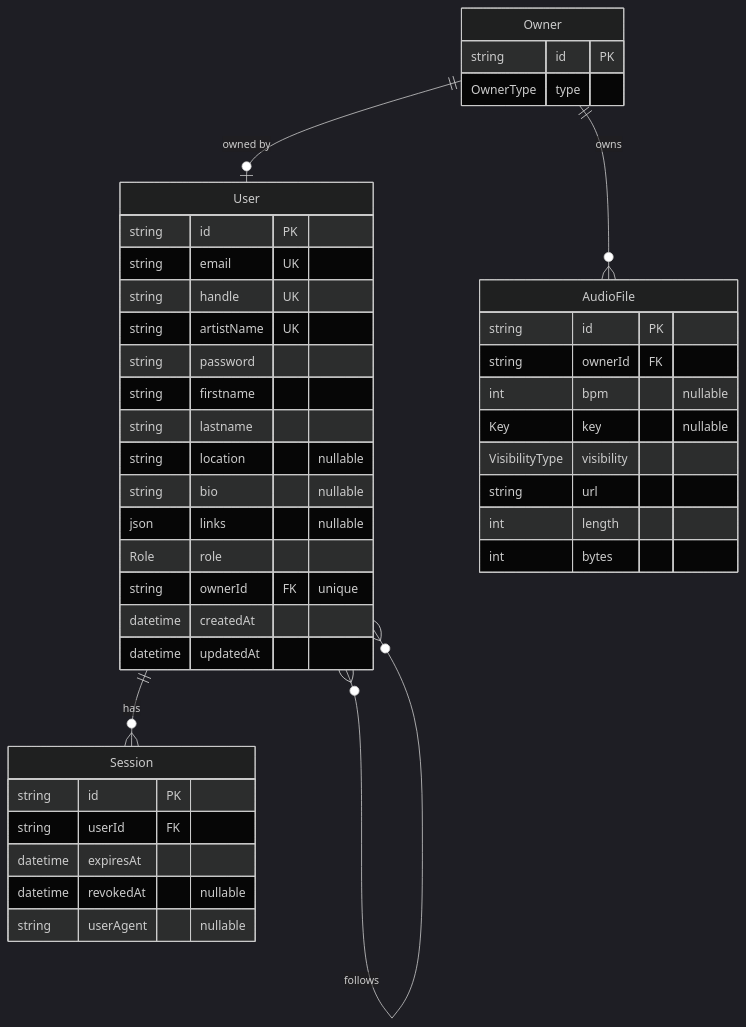
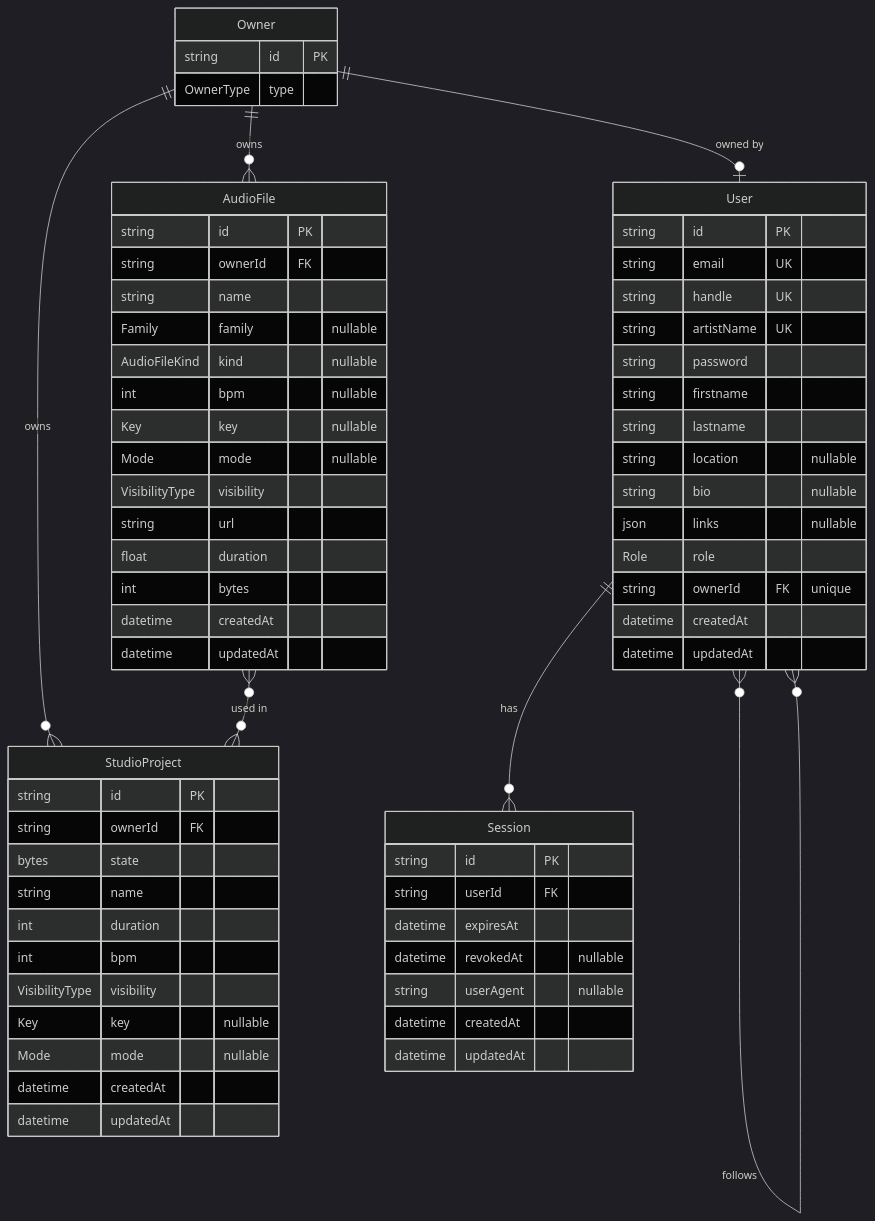
One commit to AlexisFaugeroux/42-transcendence changed the diagram in README.md. Above: the diagram before and after it, drawn with Mermaid (dark theme). The commit also changed other lines of this file and 24 other files, not shown here.

Commit message:
feat(back): #116 add familily, mode and complete key values to AudioFile

````diff
--- a/README.md
+++ b/README.md
@@ -106,45 +106,68 @@
 ```mermaid
 erDiagram
   Owner {
     string id PK
     OwnerType type
   }
   User {
     string id PK
     string email UK
     string handle UK
     string artistName UK
     string password
     string firstname
     string lastname
     string location "nullable"
     string bio "nullable"
     json links "nullable"
     Role role
     string ownerId FK "unique"
     datetime createdAt
     datetime updatedAt
   }
   AudioFile {
     string id PK
     string ownerId FK
+    string name
+    Family family "nullable"
+    AudioFileKind kind "nullable"
     int bpm "nullable"
     Key key "nullable"
+    Mode mode "nullable"
     VisibilityType visibility
     string url
-    int length
+    float duration
     int bytes
+    datetime createdAt
+    datetime updatedAt
+  }
+  StudioProject {
+    string id PK
+    string ownerId FK
+    bytes state
+    string name
+    int duration
+    int bpm
+    VisibilityType visibility
+    Key key "nullable"
+    Mode mode "nullable"
+    datetime createdAt
+    datetime updatedAt
   }
   Session {
     string id PK
     string userId FK
     datetime expiresAt
     datetime revokedAt "nullable"
     string userAgent "nullable"
+    datetime createdAt
+    datetime updatedAt
   }
 
   Owner ||--o| User : "owned by"
   Owner ||--o{ AudioFile : owns
+  Owner ||--o{ StudioProject : owns
   User  ||--o{ Session : has
   User  }o--o{ User : follows
+  AudioFile }o--o{ StudioProject : "used in"
 ```
````
